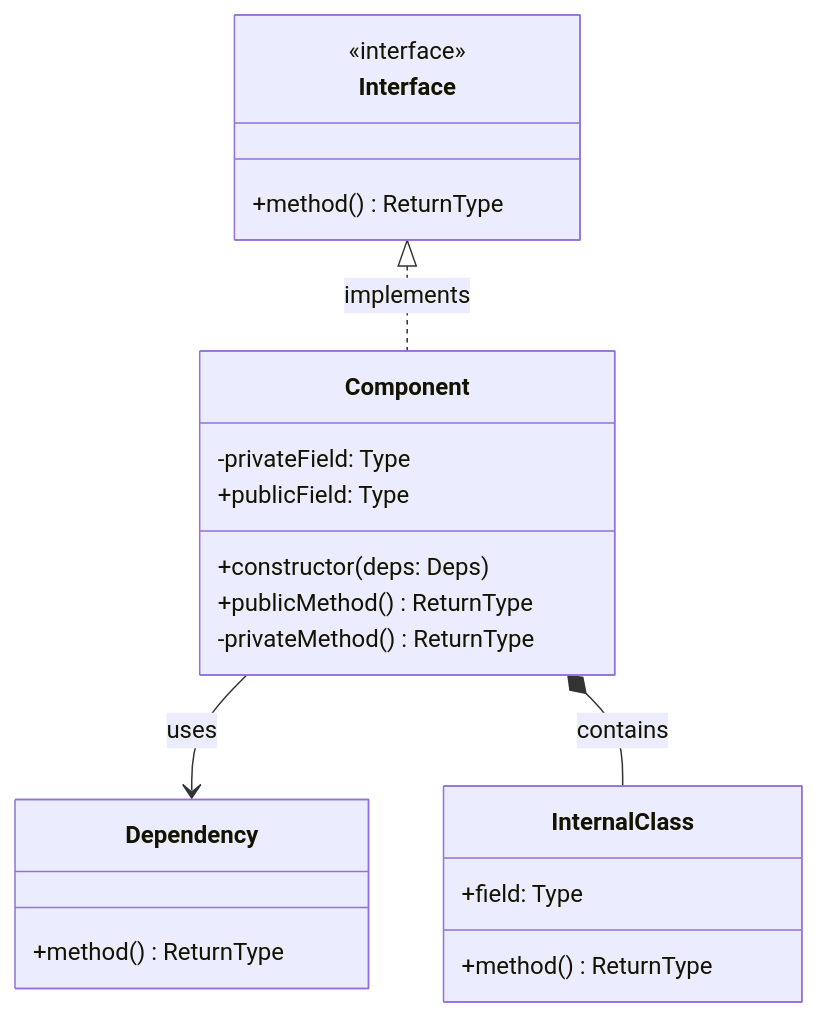
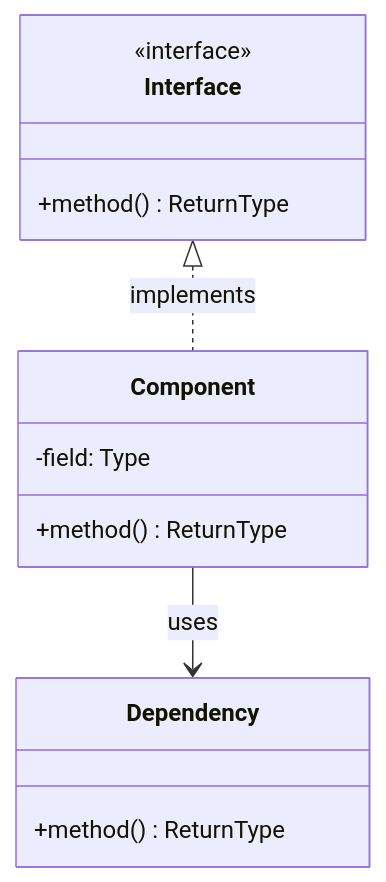
Before and after one commit to Duccci/Zenos-Planner: the diagram in templates/architecture-templates/component-diagram-template.md, drawn with Mermaid. The commit also changed other lines of this file and 155 other files, not shown here.

````diff
--- a/templates/architecture-templates/component-diagram-template.md
+++ b/templates/architecture-templates/component-diagram-template.md
@@ -16,28 +14,19 @@
 ```mermaid
 classDiagram
     class Interface {
         <<interface>>
         +method() ReturnType
     }
-    
+
     class Component {
-        -privateField: Type
-        +publicField: Type
-        +constructor(deps: Deps)
-        +publicMethod() ReturnType
-        -privateMethod() ReturnType
+        -field: Type
+        +method() ReturnType
     }
-    
+
     class Dependency {
         +method() ReturnType
     }
-    
+
     Interface <|.. Component : implements
     Component --> Dependency : uses
-    Component *-- InternalClass : contains
-    
-    class InternalClass {
-        +field: Type
-        +method() ReturnType
-    }
 ```
````
